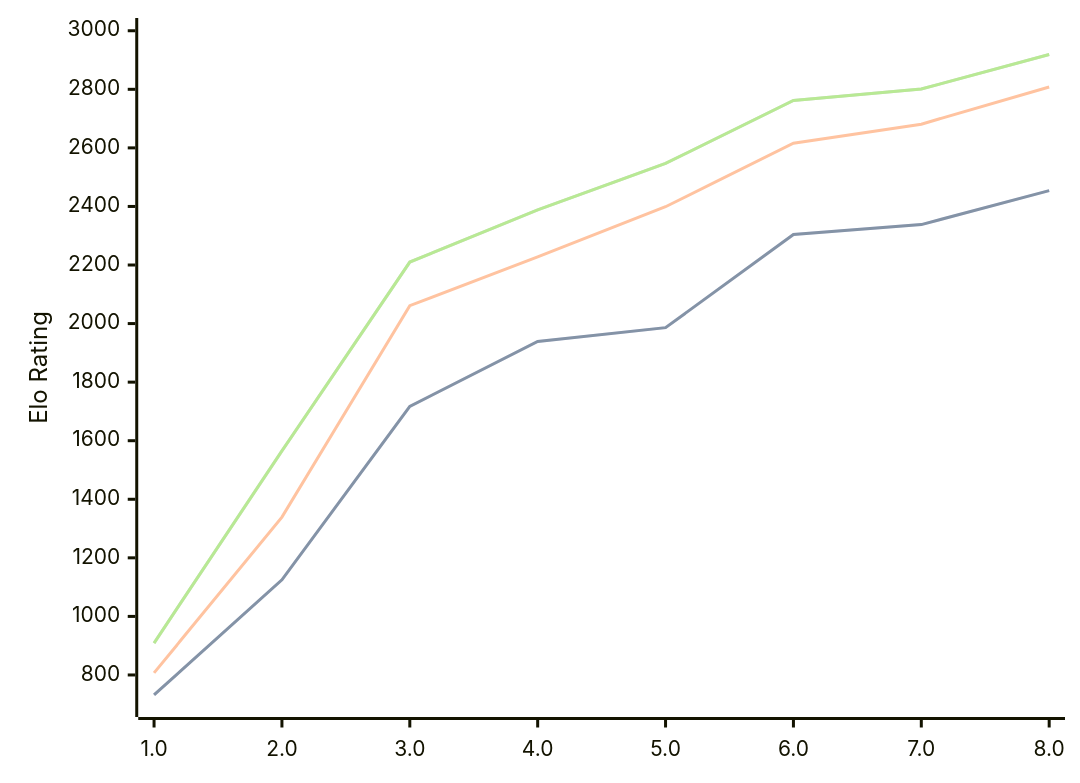
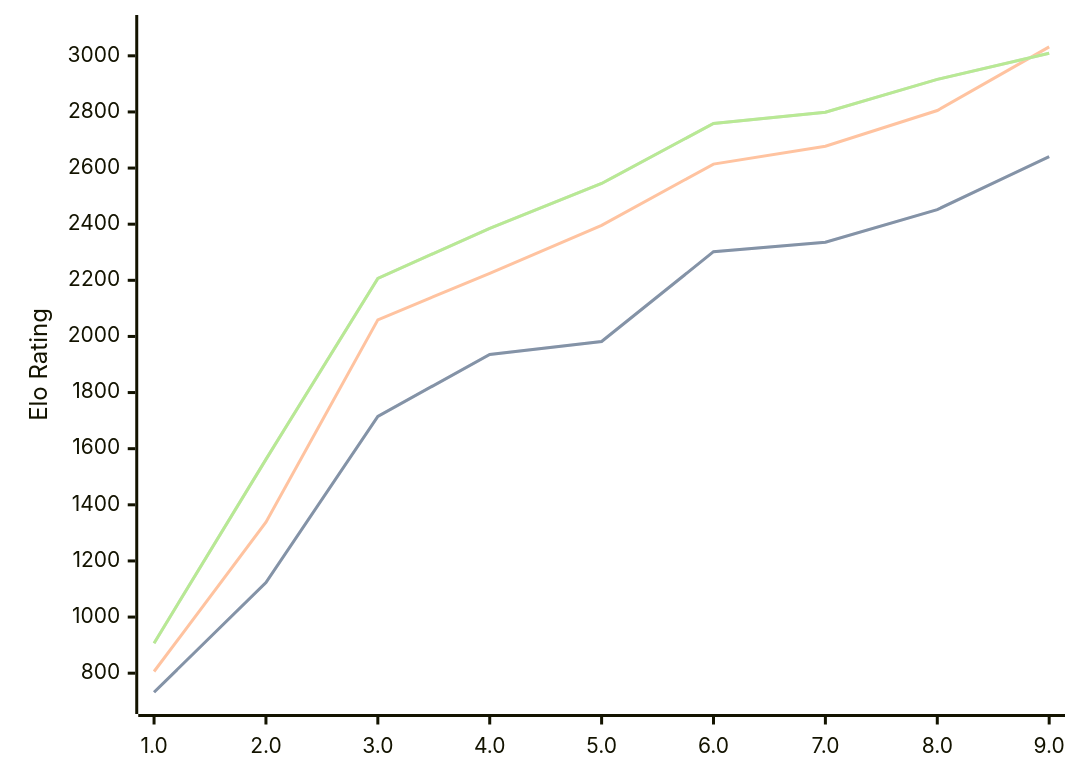
Before and after one commit to computer-chess-index/cci: the diagram in engines/Pea.md, drawn with Mermaid. The commit also changed other lines of this file, not shown here.

Commit message:
Update CCI Ratings (ELO VLTC) - 2026-06-08

````diff
--- a/engines/Pea.md
+++ b/engines/Pea.md
@@ -39,11 +39,11 @@
 ```mermaid
 %%{init: {"theme":"base","themeVariables":{"seriesColors:['#a3a3a3','#222221','#faa371']}}}%%
 xychart-beta
-  x-axis ["1.0", "2.0", "3.0", "4.0", "5.0", "6.0", "7.0", "8.0"]
-  y-axis "Elo Rating" 700 --> 3000
-  line "STC (8.0+0.08s)" [732, 1125, 1717, 1939, 1986, 2304, 2338, 2454]
-  line "STC (8.0+0.08s)" [732, 1125, 1717, 1939, 1986, 2304, 2338, 2454]
-  line "LTC (60.0+0.60s)" [807, 1339, 2061, 2228, 2399, 2616, 2681, 2808]
-  line "VLTC (2m24s+1.12s)" [909, 1565, 2210, 2388, 2547, 2762, 2801, 2919]
-  line "VLTC (2m24s+1.12s)" [909, 1565, 2210, 2388, 2547, 2762, 2801, 2919]
+  x-axis ["1.0", "2.0", "3.0", "4.0", "5.0", "6.0", "7.0", "8.0", "9.0"]
+  y-axis "Elo Rating" 700 --> 3100
+  line "STC (8.0+0.08s)" [732, 1123, 1715, 1936, 1982, 2302, 2336, 2452, 2641]
+  line "STC (8.0+0.08s)" [732, 1123, 1715, 1936, 1982, 2302, 2336, 2452, 2641]
+  line "LTC (60.0+0.60s)" [806, 1338, 2059, 2225, 2396, 2614, 2678, 2805, 3032]
+  line "VLTC (2m24s+1.12s)" [907, 1562, 2207, 2385, 2545, 2759, 2799, 2916, 3009]
+  line "VLTC (2m24s+1.12s)" [907, 1562, 2207, 2385, 2545, 2759, 2799, 2916, 3009]
 ```
````
